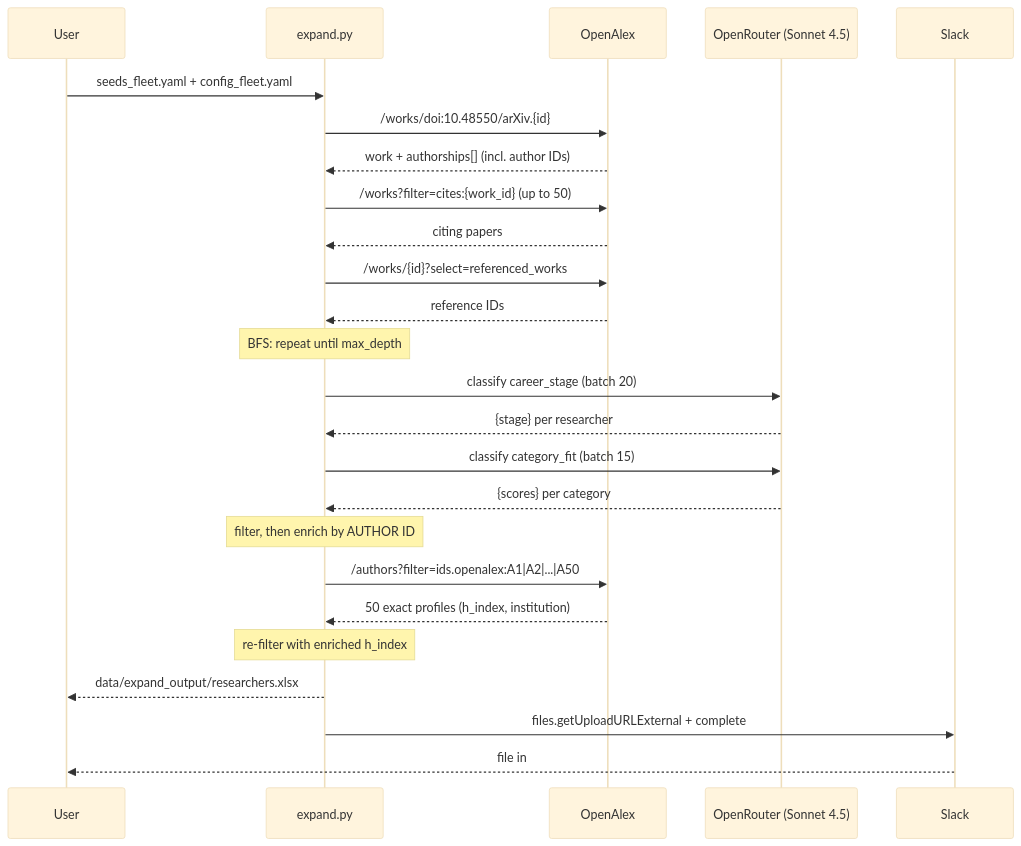
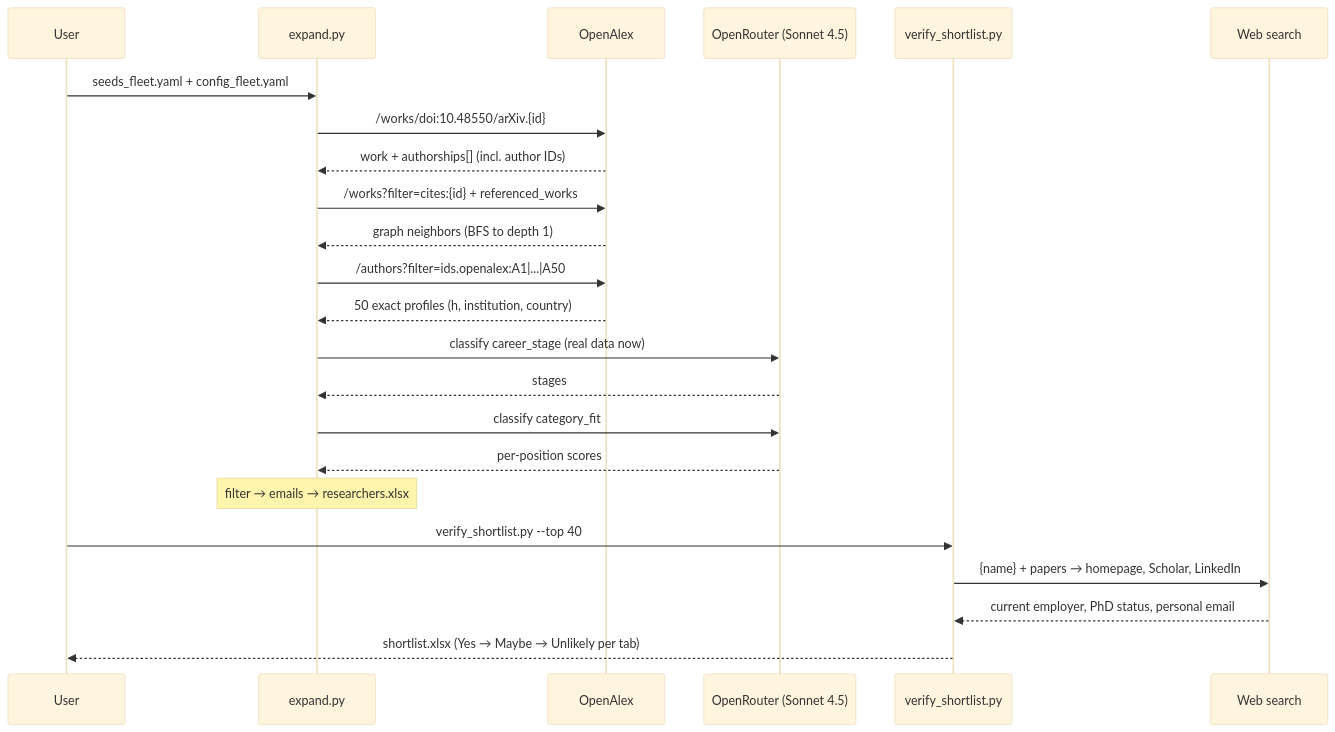
One commit to fleet-ai/researcher-scrape changed the second of 2 diagrams in PIPELINE.md. Above: the diagram before and after it, drawn with Mermaid (base theme). The commit also changed other lines of this file and 2 other files, not shown here.

First line of the commit message:
Docs + CI for the two-layer pipeline (wide pool + verified shortlist)

````diff
--- a/PIPELINE.md
+++ b/PIPELINE.md
@@ -39,28 +42,26 @@
 ```mermaid
 sequenceDiagram
     participant U as User
     participant E as expand.py
     participant OA as OpenAlex
     participant OR as OpenRouter (Sonnet 4.5)
-    participant SL as Slack
+    participant V as verify_shortlist.py
+    participant W as Web search
 
     U->>E: seeds_fleet.yaml + config_fleet.yaml
     E->>OA: /works/doi:10.48550/arXiv.{id}
     OA-->>E: work + authorships[] (incl. author IDs)
-    E->>OA: /works?filter=cites:{work_id} (up to 50)
-    OA-->>E: citing papers
-    E->>OA: /works/{id}?select=referenced_works
-    OA-->>E: reference IDs
-    Note over E: BFS: repeat until max_depth
-    E->>OR: classify career_stage (batch 20)
-    OR-->>E: {stage} per researcher
-    E->>OR: classify category_fit (batch 15)
-    OR-->>E: {scores} per category
-    Note over E: filter, then enrich by AUTHOR ID
-    E->>OA: /authors?filter=ids.openalex:A1|A2|...|A50
-    OA-->>E: 50 exact profiles (h_index, institution)
-    Note over E: re-filter with enriched h_index
-    E-->>U: data/expand_output/researchers.xlsx
-    E->>SL: files.getUploadURLExternal + complete
-    SL-->>U: file in #hiring
+    E->>OA: /works?filter=cites:{id} + referenced_works
+    OA-->>E: graph neighbors (BFS to depth 1)
+    E->>OA: /authors?filter=ids.openalex:A1|...|A50
+    OA-->>E: 50 exact profiles (h, institution, country)
+    E->>OR: classify career_stage (real data now)
+    OR-->>E: stages
+    E->>OR: classify category_fit
+    OR-->>E: per-position scores
+    Note over E: filter → emails → researchers.xlsx
+    U->>V: verify_shortlist.py --top 40
+    V->>W: {name} + papers → homepage, Scholar, LinkedIn
+    W-->>V: current employer, PhD status, personal email
+    V-->>U: shortlist.xlsx (Yes → Maybe → Unlikely per tab)
 ```
````
